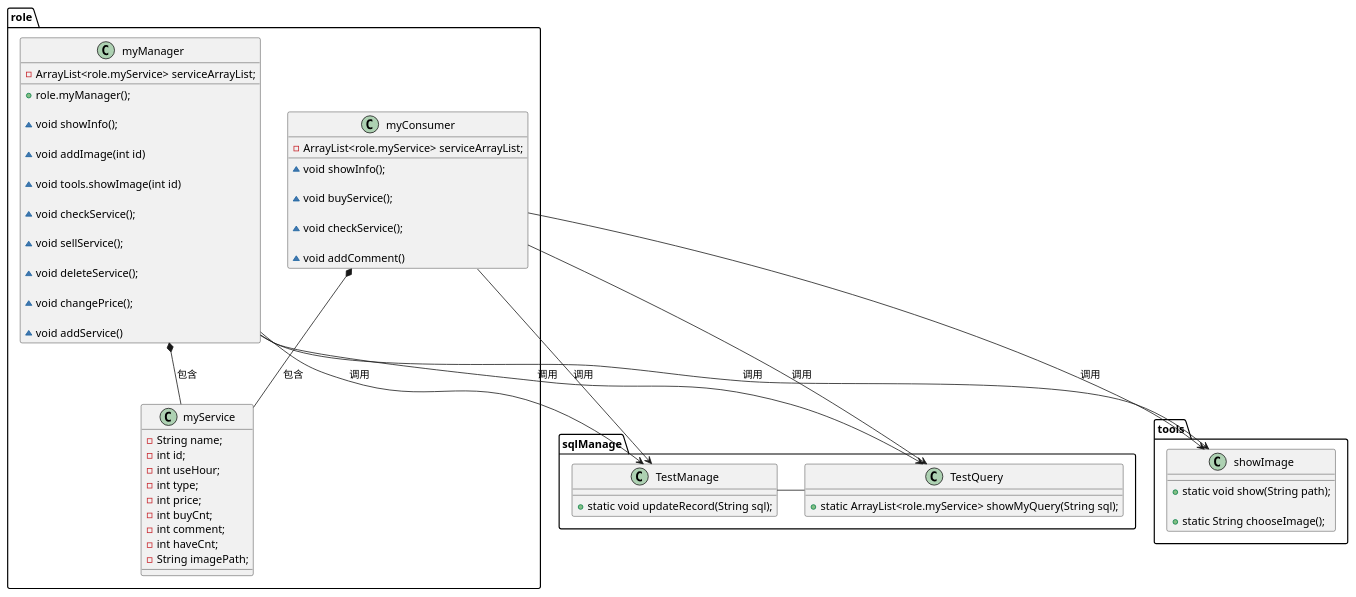
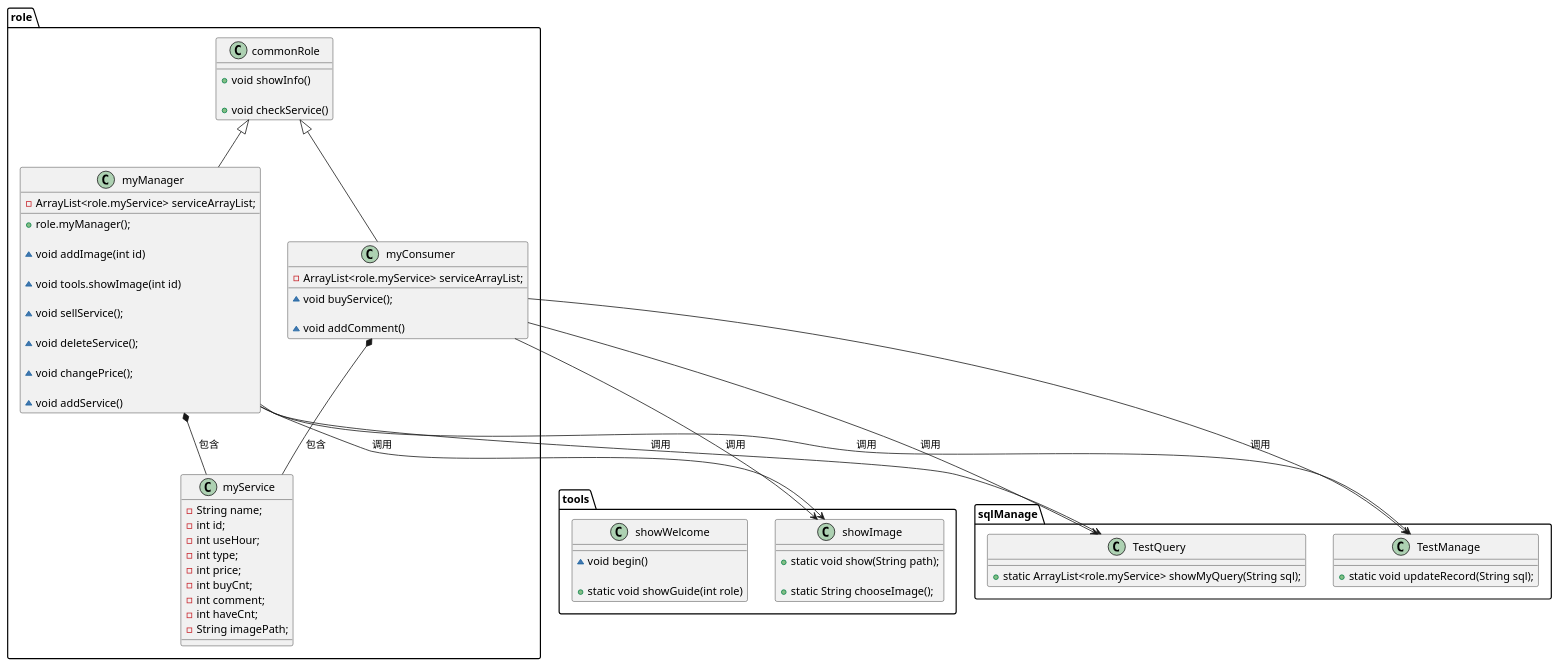
Before and after one commit to beautifulwq/bookManagement: the diagram in src/wq.puml, drawn with PlantUML. The commit also changed 3 other files, not shown here.

```diff
--- a/src/wq.puml
+++ b/src/wq.puml
@@ -1,92 +1,96 @@
-@startuml
+@startuml wq
 'https://plantuml.com/class-diagram
 
 role.myManager *-- role.myService :包含
 
 role.myConsumer *-- role.myService :包含
 
 role.myManager --> tools.showImage :调用
 
 role.myManager --> sqlManage.TestQuery :调用
 
 role.myManager --> sqlManage.TestManage :调用
 
 role.myConsumer --> tools.showImage :调用
 
 role.myConsumer --> sqlManage.TestQuery :调用
 
 role.myConsumer --> sqlManage.TestManage :调用
 
-together {
-    class role.myService
-    class role.myConsumer
+' together {
+'     class role.myService
+'     class role.myConsumer
+
+' }
+
+
+class sqlManage.TestQuery{
+    + static ArrayList<role.myService> showMyQuery(String sql);
+}
+
+class sqlManage.TestManage{
+    + static void updateRecord(String sql);
 
 }
-sqlManage.TestManage-sqlManage.TestQuery
 
+class role.commonRole{
+     + void showInfo()
 
-class role.myManager{
+     + void checkService()
+}
+
+class role.myManager extends role.commonRole{
     - ArrayList<role.myService> serviceArrayList;
 
     + role.myManager();
 
-    ~ void showInfo();
-
     ~ void addImage(int id)
 
     ~ void tools.showImage(int id)
-
-    ~ void checkService();
 
     ~ void sellService();
 
     ~ void deleteService();
 
     ~ void changePrice();
 
     ~ void addService()
 
 }
 
-class role.myConsumer{
+class role.myConsumer extends role.commonRole{
     - ArrayList<role.myService> serviceArrayList;
 
-    ~ void showInfo();
-
     ~ void buyService();
-
-    ~ void checkService();
 
     ~ void addComment()
 
 }
 
 class role.myService{
     - String name;
     - int id;
     - int useHour;
     - int type;
     - int price;
     - int buyCnt;
     - int comment;
     - int haveCnt;
     - String imagePath;
 }
 
 class tools.showImage{
 
     + static void show(String path);
 
     + static String chooseImage();
 }
 
-class sqlManage.TestQuery{
-    + static ArrayList<role.myService> showMyQuery(String sql);
+class tools.showWelcome{
+    ~ void begin()
+
+    + static void showGuide(int role)
 }
 
-class sqlManage.TestManage{
-    + static void updateRecord(String sql);
-
-}
 
 @enduml
```
